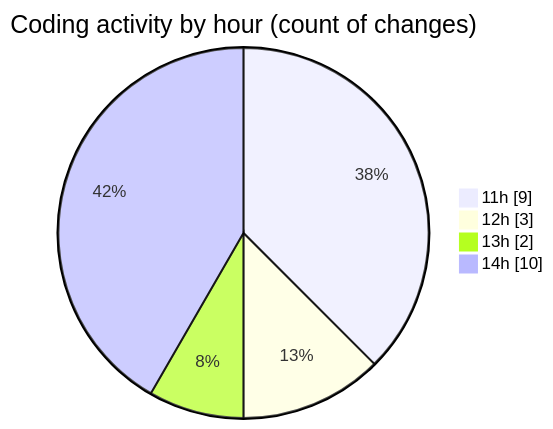
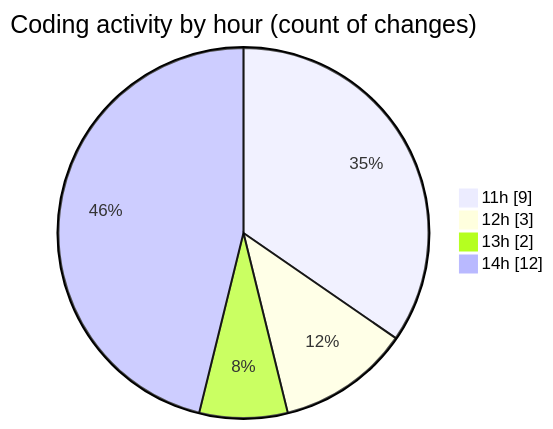
One commit to CELIANVF/code-tracking changed the second of 2 diagrams in 2025-01-21/monteur_automatique/README.md. Above: the diagram before and after it, drawn with Mermaid. The commit also changed other lines of this file and 1 other file, not shown here.

````diff
--- a/2025-01-21/monteur_automatique/README.md
+++ b/2025-01-21/monteur_automatique/README.md
@@ -32,8 +32,8 @@
 ```mermaid
 pie showData
 title Coding activity by hour (count of changes)
 "11h" : 9
 "12h" : 3
 "13h" : 2
-"14h" : 10
+"14h" : 12
 ```
````
